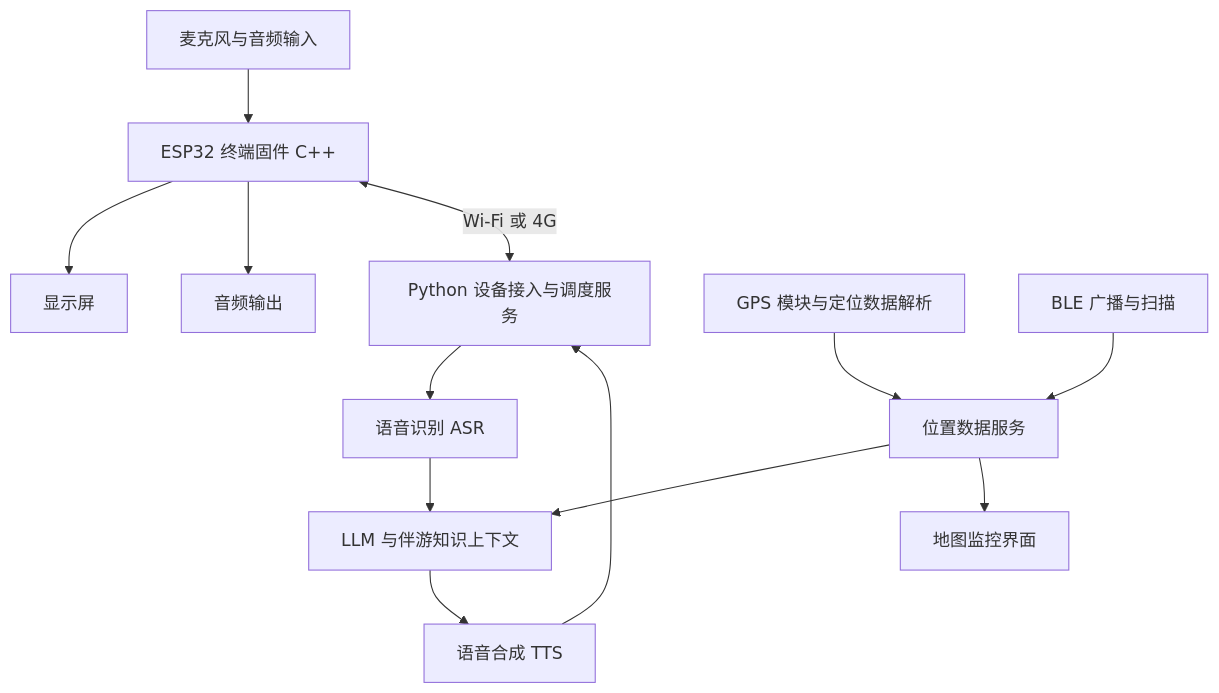
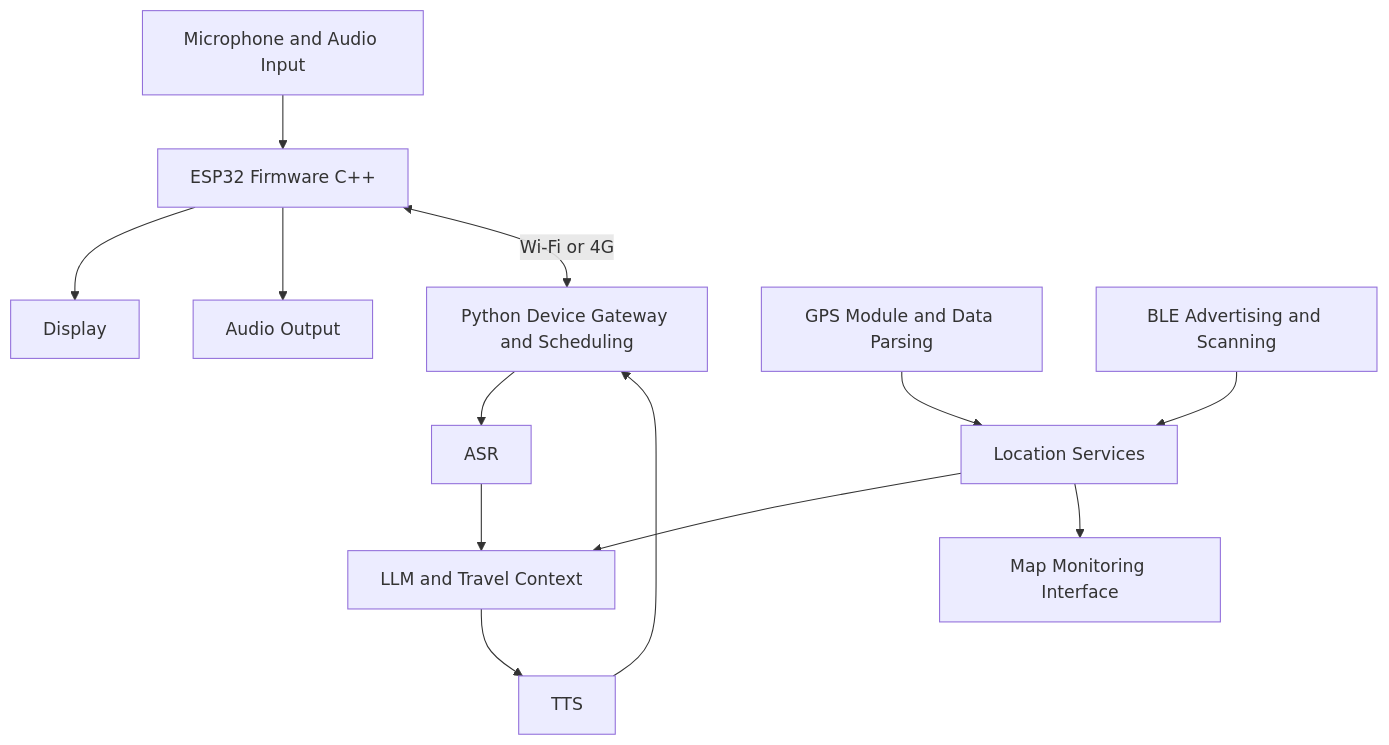
The diagram in projects/embedded-ai-companion.md (Liangyueyi/Portfolio), drawn with Mermaid before and after one commit. The commit also changed other lines of this file and 10 other files, not shown here.

Commit message:
Publish bilingual portfolio and update rehabilitation deployment architecture

````diff
--- a/projects/embedded-ai-companion.md
+++ b/projects/embedded-ai-companion.md
@@ -42,15 +44,15 @@
 ```mermaid
 flowchart TB
-    MIC[麦克风与音频输入] --> MCU[ESP32 终端固件 C++]
-    MCU --> LCD[显示屏]
-    MCU --> OUT[音频输出]
-    MCU <-->|Wi-Fi 或 4G| GW[Python 设备接入与调度服务]
-    GW --> ASR[语音识别 ASR]
-    ASR --> LLM[LLM 与伴游知识上下文]
-    LLM --> TTS[语音合成 TTS]
+    MIC[Microphone and Audio Input] --> MCU[ESP32 Firmware C++]
+    MCU --> LCD[Display]
+    MCU --> OUT[Audio Output]
+    MCU <-->|Wi-Fi or 4G| GW[Python Device Gateway and Scheduling]
+    GW --> ASR[ASR]
+    ASR --> LLM[LLM and Travel Context]
+    LLM --> TTS[TTS]
     TTS --> GW
-    GPS[GPS 模块与定位数据解析] --> LOC[位置数据服务]
-    BLE[BLE 广播与扫描] --> LOC
+    GPS[GPS Module and Data Parsing] --> LOC[Location Services]
+    BLE[BLE Advertising and Scanning] --> LOC
     LOC --> LLM
-    LOC --> MAP[地图监控界面]
+    LOC --> MAP[Map Monitoring Interface]
 ```
````
